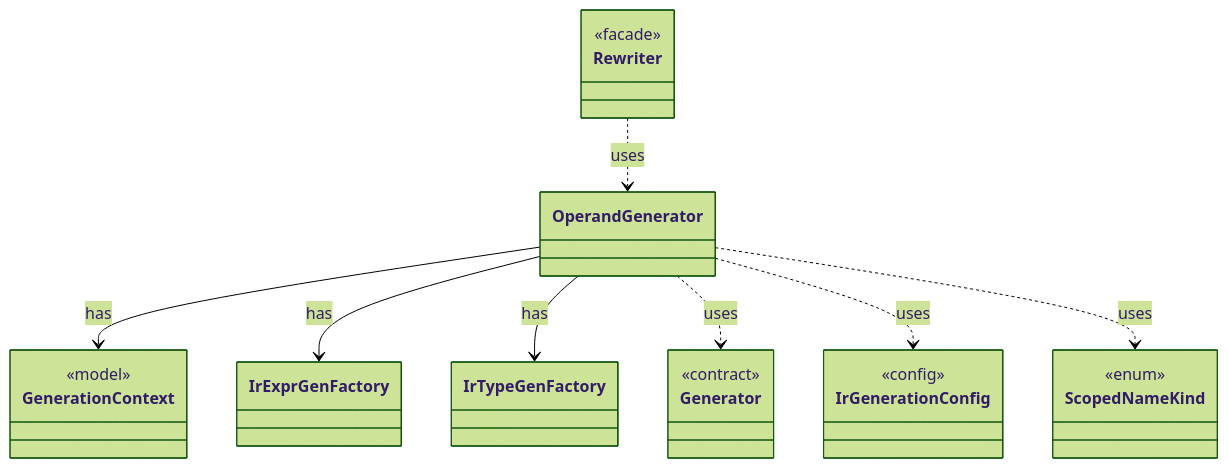
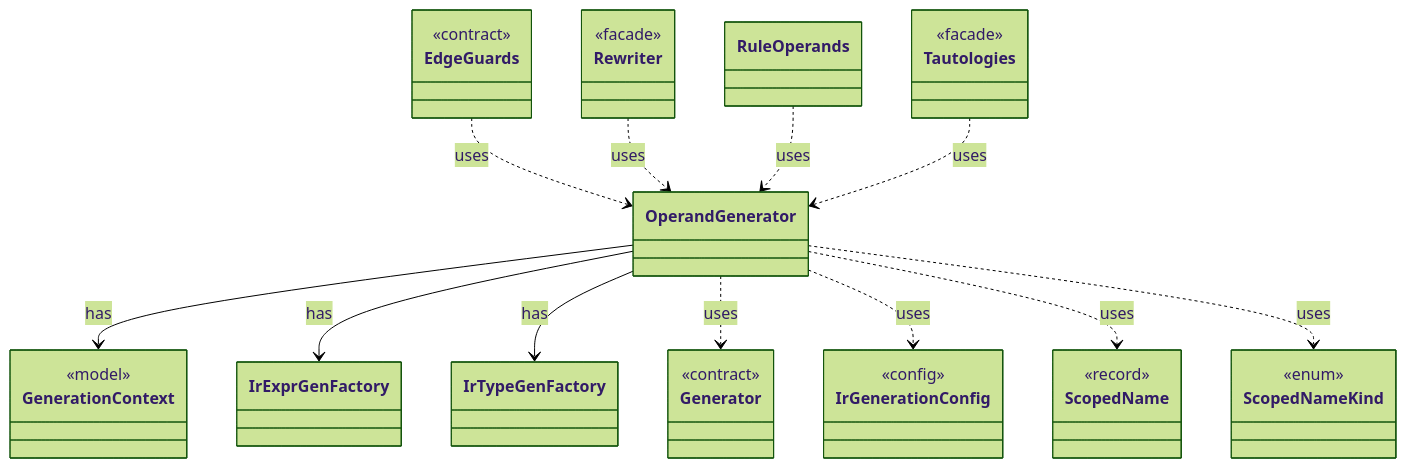
Before and after one commit to tlaplus/model-checker-hardening: the diagram in dev/types/io.github.tlaplus.hardening.gen.engine.OperandGenerator.md, drawn with Mermaid (forest theme). The commit also changed other lines of this file and 405 other files, not shown here.

````diff
--- a/dev/types/io.github.tlaplus.hardening.gen.engine.OperandGenerator.md
+++ b/dev/types/io.github.tlaplus.hardening.gen.engine.OperandGenerator.md
@@ -9,28 +9,42 @@
 ```mermaid
 classDiagram
   class OperandGenerator
   class GenerationContext {
     <<model>>
   }
   class IrExprGenFactory
   class IrTypeGenFactory
   class Generator {
     <<contract>>
   }
   class IrGenerationConfig {
     <<config>>
   }
+  class ScopedName {
+    <<record>>
+  }
   class ScopedNameKind {
     <<enum>>
   }
+  class EdgeGuards {
+    <<contract>>
+  }
   class Rewriter {
+    <<facade>>
+  }
+  class RuleOperands
+  class Tautologies {
     <<facade>>
   }
   OperandGenerator --> GenerationContext : has
   OperandGenerator --> IrExprGenFactory : has
   OperandGenerator --> IrTypeGenFactory : has
   OperandGenerator ..> Generator : uses
   OperandGenerator ..> IrGenerationConfig : uses
+  OperandGenerator ..> ScopedName : uses
   OperandGenerator ..> ScopedNameKind : uses
+  EdgeGuards ..> OperandGenerator : uses
   Rewriter ..> OperandGenerator : uses
+  RuleOperands ..> OperandGenerator : uses
+  Tautologies ..> OperandGenerator : uses
 ```
````
